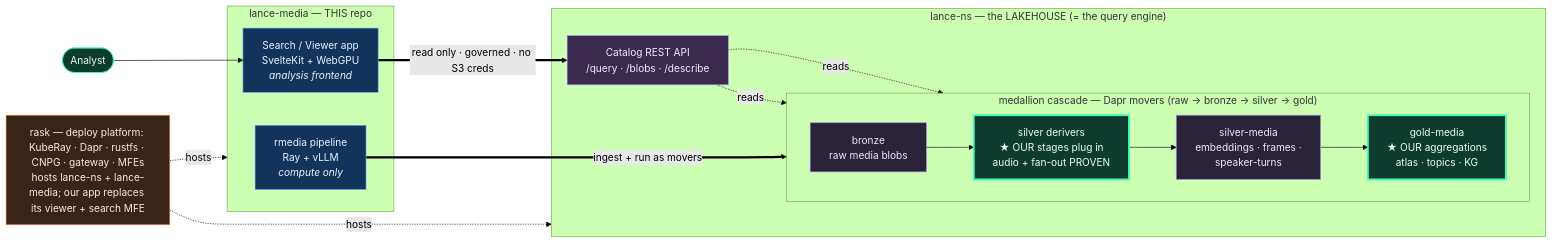
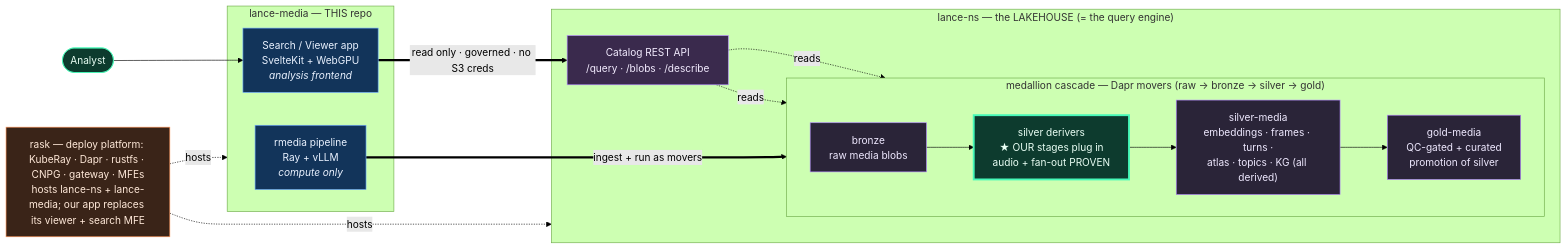
One commit to Borg93/lance-audio-demo changed the diagram in docs/LANCE_NS_INTEGRATION.md. Above: the diagram before and after it, drawn with Mermaid (forest theme). The commit also changed other lines of this file, not shown here.

````diff
--- a/docs/LANCE_NS_INTEGRATION.md
+++ b/docs/LANCE_NS_INTEGRATION.md
@@ -26,38 +27,38 @@
 ```mermaid
 flowchart LR
     analyst(["Analyst"]):::user
 
     subgraph media["lance-media — THIS repo"]
         rmedia["rmedia pipeline<br/>Ray + vLLM<br/><i>compute only</i>"]:::mine
         app["Search / Viewer app<br/>SvelteKit + WebGPU<br/><i>analysis frontend</i>"]:::mine
     end
 
     subgraph ns["lance-ns — the LAKEHOUSE (= the query engine)"]
         catalog["Catalog REST API<br/>/query · /blobs · /describe"]:::engine
         subgraph cascade["medallion cascade — Dapr movers (raw → bronze → silver → gold)"]
             direction LR
             bronze["bronze<br/>raw media blobs"]:::data
             derivers["silver derivers<br/>★ OUR stages plug in<br/>audio + fan-out PROVEN"]:::proven
-            silver["silver-media<br/>embeddings · frames ·<br/>speaker-turns"]:::data
-            gold["gold-media<br/>★ OUR aggregations<br/>atlas · topics · KG"]:::proven
+            silver["silver-media<br/>embeddings · frames · turns ·<br/>atlas · topics · KG (all derived)"]:::data
+            gold["gold-media<br/>QC-gated + curated<br/>promotion of silver"]:::data
             bronze --> derivers --> silver --> gold
         end
         catalog -. reads .-> silver
         catalog -. reads .-> gold
     end
 
     rask["rask — deploy platform: KubeRay · Dapr · rustfs · CNPG · gateway · MFEs<br/>hosts lance-ns + lance-media; our app replaces its viewer + search MFE"]:::host
 
     analyst --> app
     rmedia ==>|"ingest + run as movers"| bronze
     app ==>|"read only · governed · no S3 creds"| catalog
     rask -. hosts .-> ns
     rask -. hosts .-> media
 
     classDef user fill:#0d3b2e,stroke:#46f9b8,color:#eafff5
     classDef mine fill:#12345a,stroke:#6aa9ff,color:#eaf2ff
     classDef engine fill:#3a2a4d,stroke:#b388ff,color:#f3ecff
     classDef data fill:#2a2438,stroke:#b388ff,color:#efe9ff
     classDef proven fill:#0d3b2e,stroke:#46f9b8,color:#eafff5,stroke-width:3px
     classDef host fill:#3a2418,stroke:#ff9457,color:#ffe9d9
 ```
````
